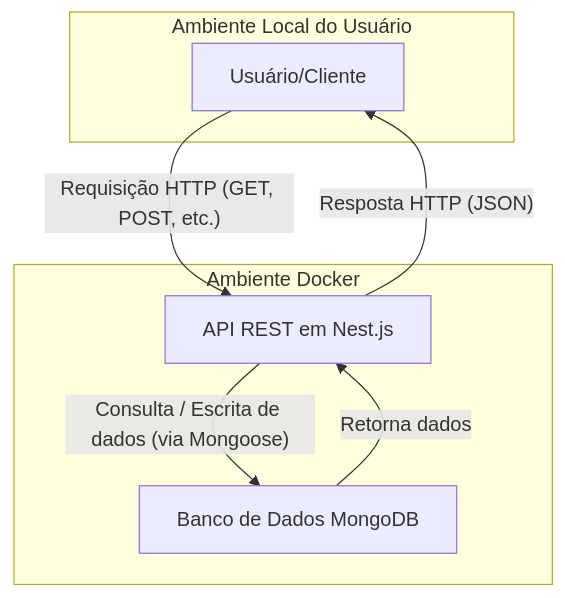
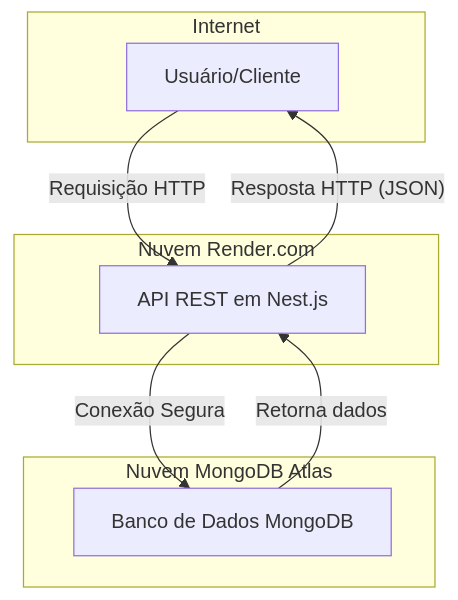
Before and after one commit to jpcolombari/TechChallengeBlog: the diagram in README.md, drawn with Mermaid. The commit also changed other lines of this file, not shown here.

````diff
--- a/README.md
+++ b/README.md
@@ -34,16 +34,19 @@
 ```mermaid
 graph TD;
-    subgraph Ambiente Local do Usuário
+    subgraph Internet
         A[Usuário/Cliente]
     end
 
-    subgraph Ambiente Docker
+    subgraph Nuvem Render.com
         B[API REST em Nest.js]
+    end
+    
+    subgraph Nuvem MongoDB Atlas
         C[Banco de Dados MongoDB]
     end
 
-    A -- Requisição HTTP (GET, POST, etc.) --> B;
-    B -- Consulta / Escrita de dados (via Mongoose) --> C;
+    A -- Requisição HTTP --> B;
+    B -- Conexão Segura --> C;
     C -- Retorna dados --> B;
     B -- Resposta HTTP (JSON) --> A;
 ```
````
